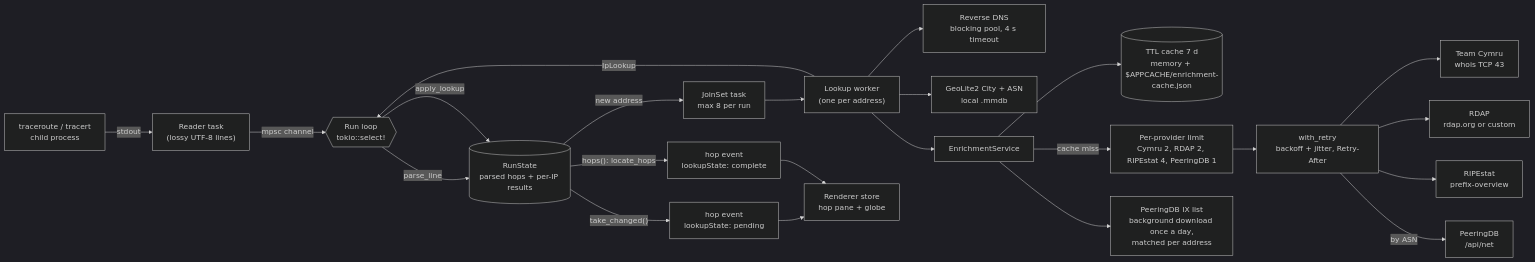
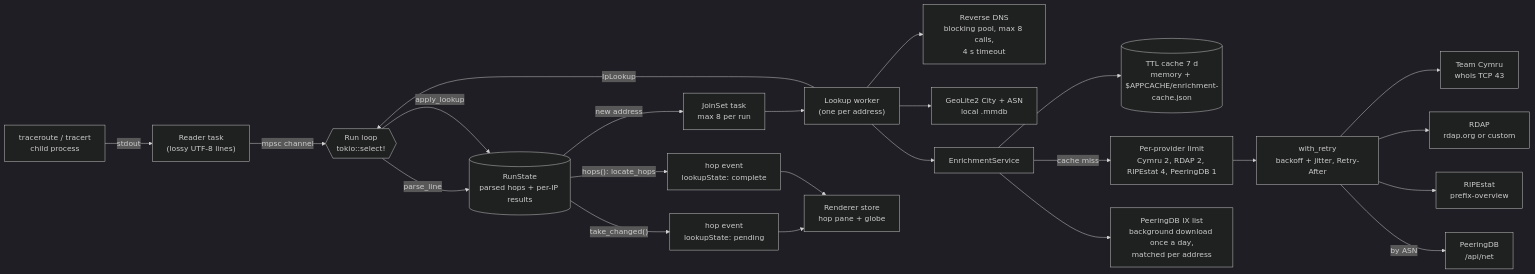
Before and after one commit to rush-skills/vistracer: the first of 6 diagrams in docs/architecture.md, drawn with Mermaid (dark theme). The commit also changed other lines of this file and 2 other files, not shown here.

First line of the commit message:
Cap reverse DNS calls in the system resolver at 8

````diff
--- a/docs/architecture.md
+++ b/docs/architecture.md
@@ -14,25 +14,25 @@
 ```mermaid
 flowchart LR
     proc["traceroute / tracert<br/>child process"] -->|stdout| reader["Reader task<br/>(lossy UTF-8 lines)"]
     reader -->|mpsc channel| loop{{"Run loop<br/>tokio::select!"}}
     loop -->|parse_line| state[("RunState<br/>parsed hops + per-IP results")]
     state -->|"take_changed()"| early["hop event<br/>lookupState: pending"]
     state -->|new address| spawn["JoinSet task<br/>max 8 per run"]
     spawn --> worker["Lookup worker<br/>(one per address)"]
-    worker --> dns["Reverse DNS<br/>blocking pool, 4 s timeout"]
+    worker --> dns["Reverse DNS<br/>blocking pool, max 8 calls,<br/>4 s timeout"]
     worker --> geolite["GeoLite2 City + ASN<br/>local .mmdb"]
     worker --> enrich["EnrichmentService"]
     enrich --> cache[("TTL cache 7 d<br/>memory + $APPCACHE/enrichment-cache.json")]
     enrich -->|cache miss| limit["Per-provider limit<br/>Cymru 2, RDAP 2, RIPEstat 4, PeeringDB 1"]
     limit --> retry["with_retry<br/>backoff + jitter, Retry-After"]
     retry --> cymru["Team Cymru<br/>whois TCP 43"]
     retry --> rdap["RDAP<br/>rdap.org or custom"]
     retry --> ripe["RIPEstat<br/>prefix-overview"]
     retry -->|by ASN| pdb["PeeringDB<br/>/api/net"]
     enrich --> ixlist["PeeringDB IX list<br/>background download once a day,<br/>matched per address"]
     worker -->|IpLookup| loop
     loop -->|apply_lookup| state
     state -->|"hops(): locate_hops"| late["hop event<br/>lookupState: complete"]
     early --> ui["Renderer store<br/>hop pane + globe"]
     late --> ui
 ```
````
